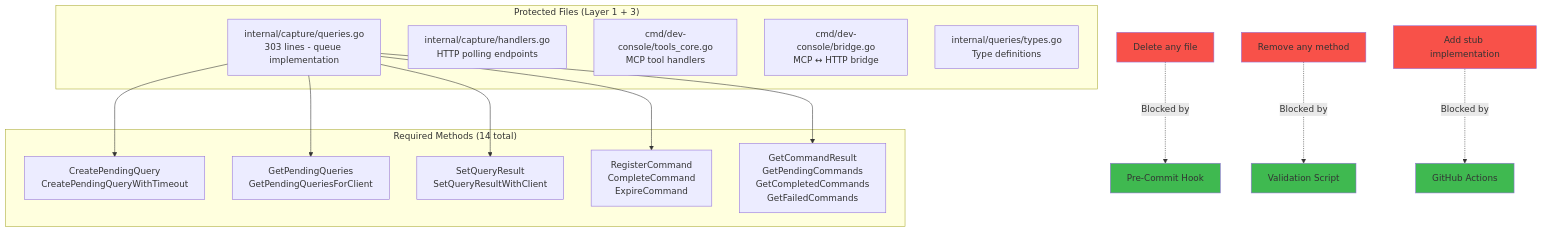
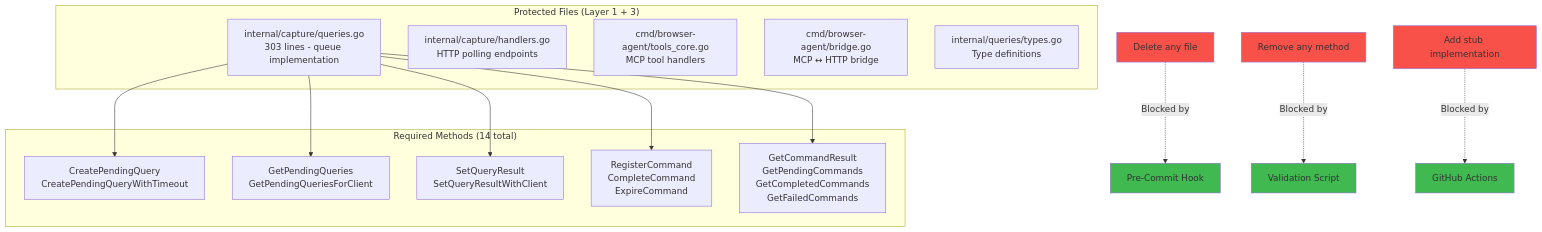
One commit to brennhill/gasoline-mcp-ai-devtools changed the fifth of 6 diagrams in docs/architecture/diagrams/5-layer-protection.md. Above: the diagram before and after it, drawn with Mermaid. The commit also changed 845 other files, not shown here.

First line of the commit message:
refactor: rename cmd/dev-console to cmd/browser-agent

````diff
--- a/docs/architecture/diagrams/5-layer-protection.md
+++ b/docs/architecture/diagrams/5-layer-protection.md
@@ -193,35 +193,35 @@
 ```mermaid
 graph TB
     subgraph "Protected Files (Layer 1 + 3)"
         F1[internal/capture/queries.go<br/>303 lines - queue implementation]
         F2[internal/capture/handlers.go<br/>HTTP polling endpoints]
-        F3[cmd/dev-console/tools_core.go<br/>MCP tool handlers]
-        F4[cmd/dev-console/bridge.go<br/>MCP ↔ HTTP bridge]
+        F3[cmd/browser-agent/tools_core.go<br/>MCP tool handlers]
+        F4[cmd/browser-agent/bridge.go<br/>MCP ↔ HTTP bridge]
         F5[internal/queries/types.go<br/>Type definitions]
     end
 
     subgraph "Required Methods (14 total)"
         M1[CreatePendingQuery<br/>CreatePendingQueryWithTimeout]
         M2[GetPendingQueries<br/>GetPendingQueriesForClient]
         M3[SetQueryResult<br/>SetQueryResultWithClient]
         M4[RegisterCommand<br/>CompleteCommand<br/>ExpireCommand]
         M5[GetCommandResult<br/>GetPendingCommands<br/>GetCompletedCommands<br/>GetFailedCommands]
     end
 
     F1 --> M1
     F1 --> M2
     F1 --> M3
     F1 --> M4
     F1 --> M5
 
     Delete[Delete any file] -.->|Blocked by| Layer1[Pre-Commit Hook]
     Remove[Remove any method] -.->|Blocked by| Layer3[Validation Script]
     Stub[Add stub implementation] -.->|Blocked by| Layer4[GitHub Actions]
 
     style Delete fill:#f85149
     style Remove fill:#f85149
     style Stub fill:#f85149
     style Layer1 fill:#3fb950
     style Layer3 fill:#3fb950
     style Layer4 fill:#3fb950
 ```
````
